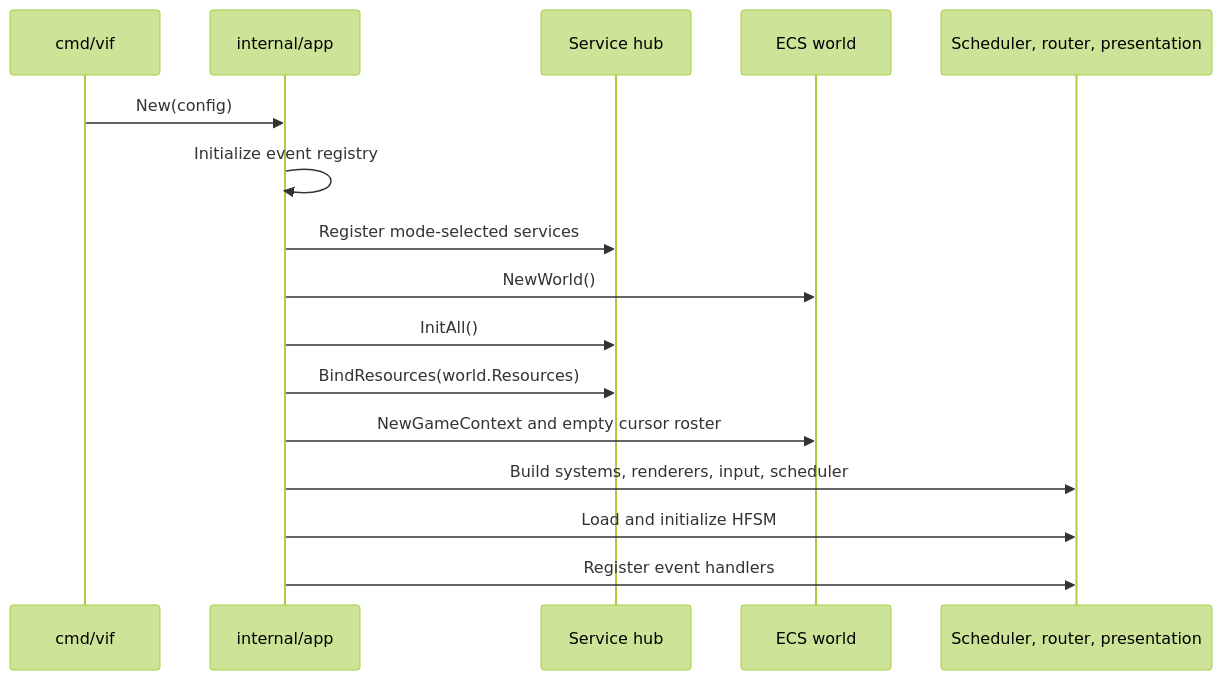
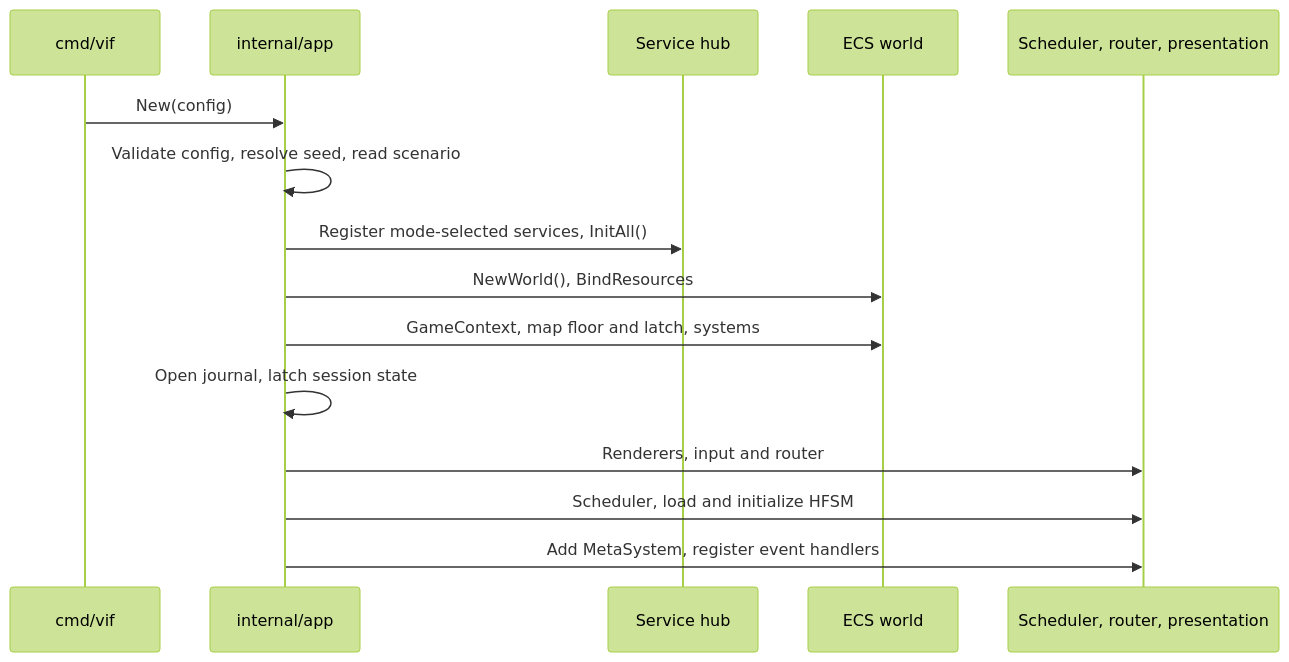
The first of 4 diagrams in doc/runtime.md (lixenwraith/vif), drawn with Mermaid (forest theme) before and after one commit. The commit also changed other lines of this file and 1 other file, not shown here.

Commit message:
doc: sweep runtime docs against the code

````diff
--- a/doc/runtime.md
+++ b/doc/runtime.md
@@ -277,19 +276,18 @@
 ```mermaid
 sequenceDiagram
     participant Main as cmd/vif
     participant App as internal/app
     participant Hub as Service hub
     participant World as ECS world
     participant Runtime as Scheduler, router, presentation
 
     Main->>App: New(config)
-    App->>App: Initialize event registry
-    App->>Hub: Register mode-selected services
-    App->>World: NewWorld()
-    App->>Hub: InitAll()
-    App->>Hub: BindResources(world.Resources)
-    App->>World: NewGameContext and empty cursor roster
-    App->>Runtime: Build systems, renderers, input, scheduler
-    App->>Runtime: Load and initialize HFSM
-    App->>Runtime: Register event handlers
+    App->>App: Validate config, resolve seed, read scenario
+    App->>Hub: Register mode-selected services, InitAll()
+    App->>World: NewWorld(), BindResources
+    App->>World: GameContext, map floor and latch, systems
+    App->>App: Open journal, latch session state
+    App->>Runtime: Renderers, input and router
+    App->>Runtime: Scheduler, load and initialize HFSM
+    App->>Runtime: Add MetaSystem, register event handlers
 ```
````
